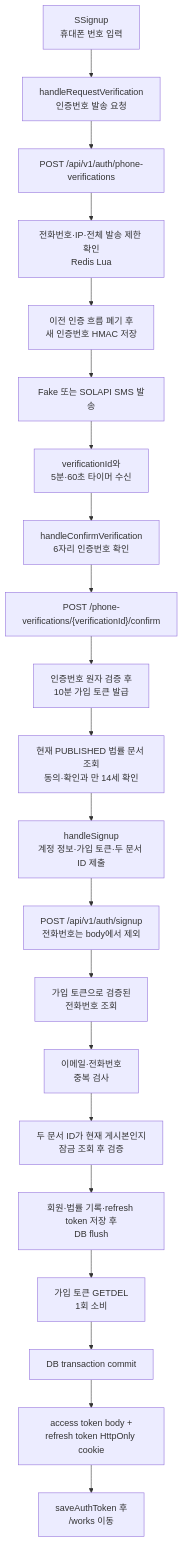
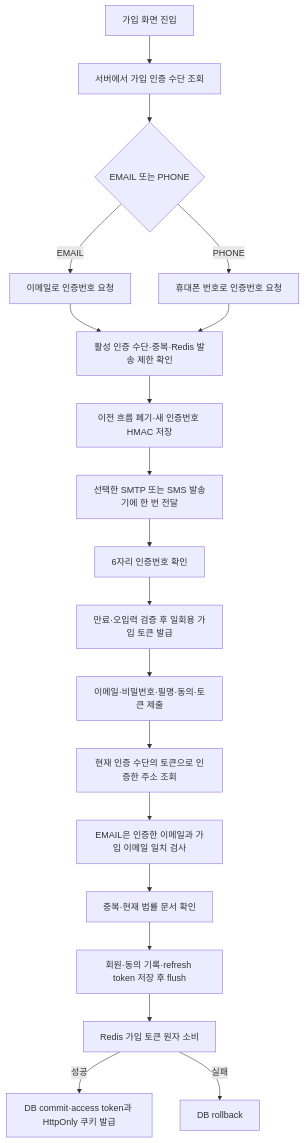
The diagram in docs/signup-workflow.md (catchhole-soma/catchhole-backend-java), drawn with Mermaid before and after one commit. The commit also changed other lines of this file and 56 other files, not shown here.

First line of the commit message:
feat(auth): 이메일 인증 기반 회원가입 지원

````diff
--- a/docs/signup-workflow.md
+++ b/docs/signup-workflow.md
@@ -26,23 +5,21 @@
 ```mermaid
 flowchart TD
-    A["SSignup<br/>휴대폰 번호 입력"] --> B["handleRequestVerification<br/>인증번호 발송 요청"]
-    B --> C["POST /api/v1/auth/phone-verifications"]
-    C --> D["전화번호·IP·전체 발송 제한 확인<br/>Redis Lua"]
-    D --> E["이전 인증 흐름 폐기 후<br/>새 인증번호 HMAC 저장"]
-    E --> F["Fake 또는 SOLAPI SMS 발송"]
-    F --> G["verificationId와<br/>5분·60초 타이머 수신"]
-    G --> H["handleConfirmVerification<br/>6자리 인증번호 확인"]
-    H --> I["POST /phone-verifications/{verificationId}/confirm"]
-    I --> J["인증번호 원자 검증 후<br/>10분 가입 토큰 발급"]
-    J --> K["현재 PUBLISHED 법률 문서 조회<br/>동의·확인과 만 14세 확인"]
-    K --> L["handleSignup<br/>계정 정보·가입 토큰·두 문서 ID 제출"]
-    L --> M["POST /api/v1/auth/signup<br/>전화번호는 body에서 제외"]
-    M --> N["가입 토큰으로 검증된<br/>전화번호 조회"]
-    N --> O["이메일·전화번호<br/>중복 검사"]
-    O --> P["두 문서 ID가 현재 게시본인지<br/>잠금 조회 후 검증"]
-    P --> Q["회원·법률 기록·refresh token 저장 후<br/>DB flush"]
-    Q --> R["가입 토큰 GETDEL<br/>1회 소비"]
-    R --> S["DB transaction commit"]
-    S --> T["access token body +<br/>refresh token HttpOnly cookie"]
-    T --> U["saveAuthToken 후<br/>/works 이동"]
+    A["가입 화면 진입"] --> B["서버에서 가입 인증 수단 조회"]
+    B --> C{"EMAIL 또는 PHONE"}
+    C -->|EMAIL| D["이메일로 인증번호 요청"]
+    C -->|PHONE| E["휴대폰 번호로 인증번호 요청"]
+    D --> F["활성 인증 수단·중복·Redis 발송 제한 확인"]
+    E --> F
+    F --> G["이전 흐름 폐기·새 인증번호 HMAC 저장"]
+    G --> H["선택한 SMTP 또는 SMS 발송기에 한 번 전달"]
+    H --> I["6자리 인증번호 확인"]
+    I --> J["만료·오입력 검증 후 일회용 가입 토큰 발급"]
+    J --> K["이메일·비밀번호·필명·동의·토큰 제출"]
+    K --> L["현재 인증 수단의 토큰으로 인증한 주소 조회"]
+    L --> M["EMAIL은 인증한 이메일과 가입 이메일 일치 검사"]
+    M --> N["중복·현재 법률 문서 확인"]
+    N --> O["회원·동의 기록·refresh token 저장 후 flush"]
+    O --> P["Redis 가입 토큰 원자 소비"]
+    P -->|성공| Q["DB commit·access token과 HttpOnly 쿠키 발급"]
+    P -->|실패| R["DB rollback"]
 ```
````
